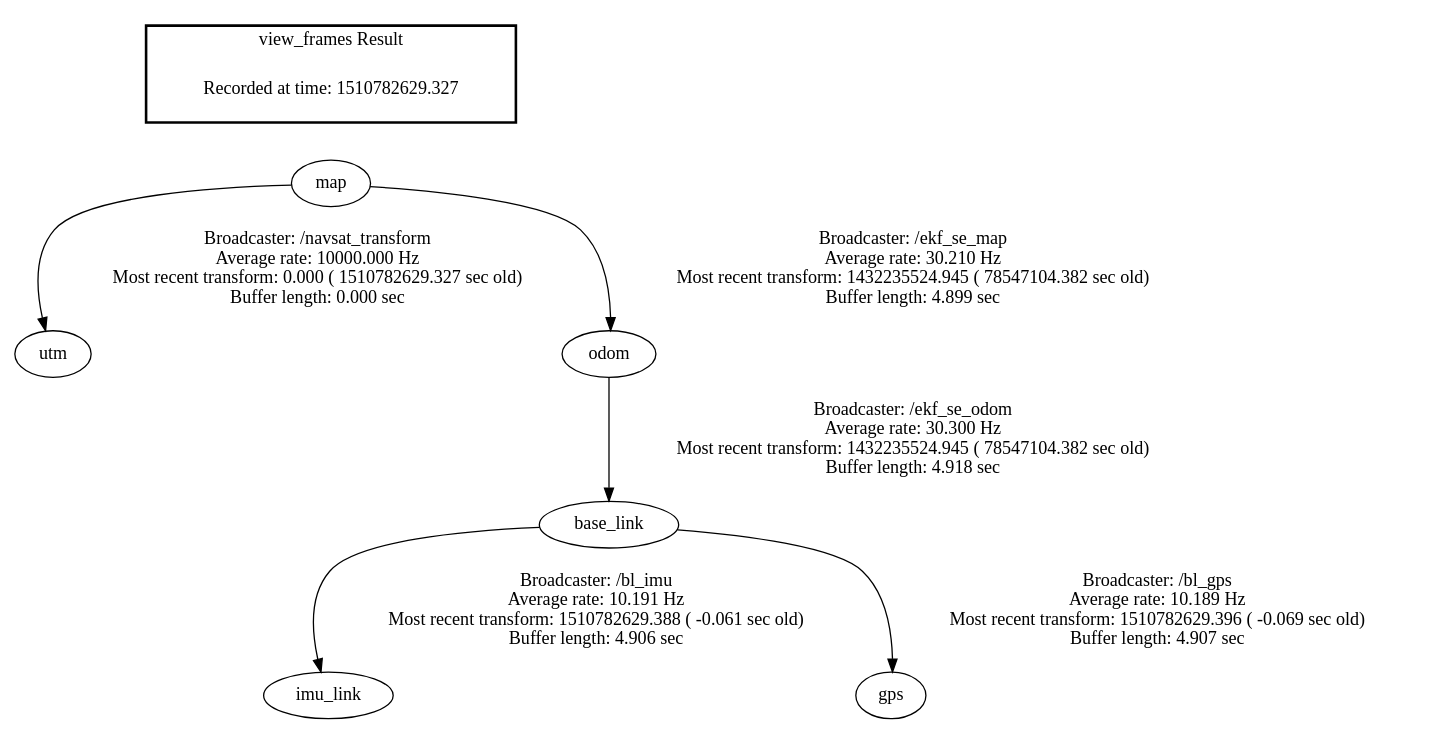
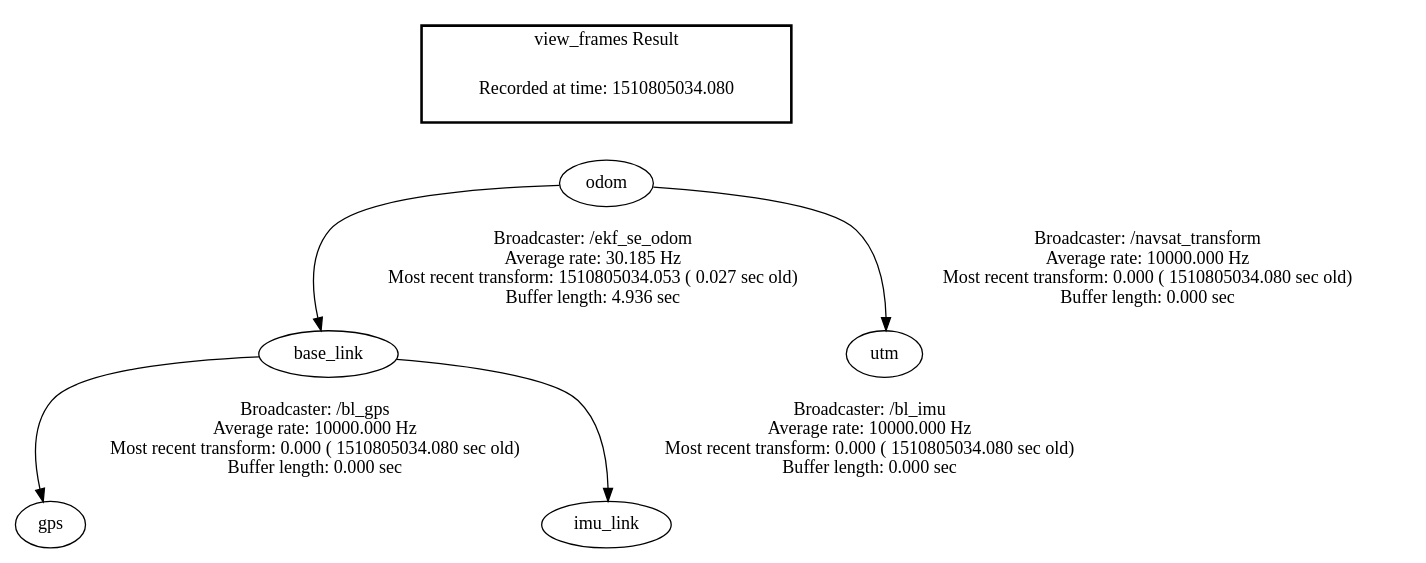
Before and after one commit to MRSD2018/GroundsBot-Software: the diagram in src/grudsby_localization/frames.gv, drawn with Graphviz. The commit also changed 11 other files, not shown here.

```diff
--- a/src/grudsby_localization/frames.gv
+++ b/src/grudsby_localization/frames.gv
@@ -1,11 +1,10 @@
 digraph G {
-"map" -> "utm"[label="Broadcaster: /navsat_transform\nAverage rate: 10000.000 Hz\nMost recent transform: 0.000 ( 1510782629.327 sec old)\nBuffer length: 0.000 sec\n"];
-"base_link" -> "imu_link"[label="Broadcaster: /bl_imu\nAverage rate: 10.191 Hz\nMost recent transform: 1510782629.388 ( -0.061 sec old)\nBuffer length: 4.906 sec\n"];
-"odom" -> "base_link"[label="Broadcaster: /ekf_se_odom\nAverage rate: 30.300 Hz\nMost recent transform: 1432235524.945 ( 78547104.382 sec old)\nBuffer length: 4.918 sec\n"];
-"map" -> "odom"[label="Broadcaster: /ekf_se_map\nAverage rate: 30.210 Hz\nMost recent transform: 1432235524.945 ( 78547104.382 sec old)\nBuffer length: 4.899 sec\n"];
-"base_link" -> "gps"[label="Broadcaster: /bl_gps\nAverage rate: 10.189 Hz\nMost recent transform: 1510782629.396 ( -0.069 sec old)\nBuffer length: 4.907 sec\n"];
+"base_link" -> "gps"[label="Broadcaster: /bl_gps\nAverage rate: 10000.000 Hz\nMost recent transform: 0.000 ( 1510805034.080 sec old)\nBuffer length: 0.000 sec\n"];
+"odom" -> "base_link"[label="Broadcaster: /ekf_se_odom\nAverage rate: 30.185 Hz\nMost recent transform: 1510805034.053 ( 0.027 sec old)\nBuffer length: 4.936 sec\n"];
+"odom" -> "utm"[label="Broadcaster: /navsat_transform\nAverage rate: 10000.000 Hz\nMost recent transform: 0.000 ( 1510805034.080 sec old)\nBuffer length: 0.000 sec\n"];
+"base_link" -> "imu_link"[label="Broadcaster: /bl_imu\nAverage rate: 10000.000 Hz\nMost recent transform: 0.000 ( 1510805034.080 sec old)\nBuffer length: 0.000 sec\n"];
 edge [style=invis];
  subgraph cluster_legend { style=bold; color=black; label ="view_frames Result";
-"Recorded at time: 1510782629.327"[ shape=plaintext ] ;
- }->"map";
+"Recorded at time: 1510805034.080"[ shape=plaintext ] ;
+ }->"odom";
 }
```
